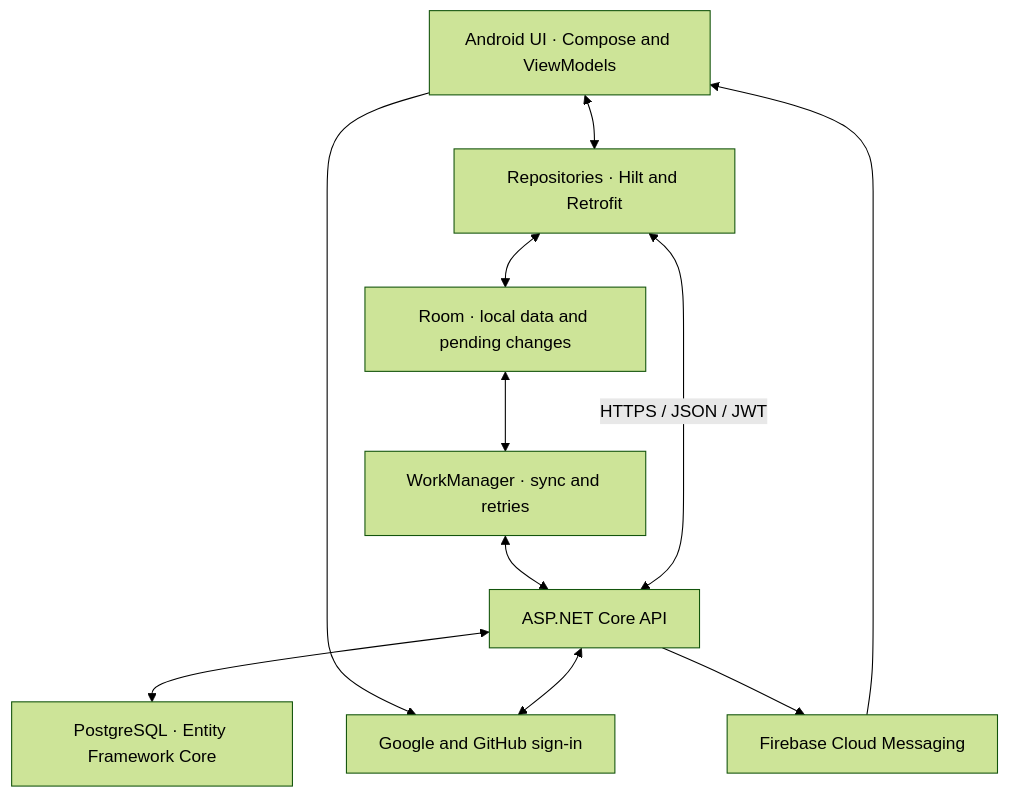
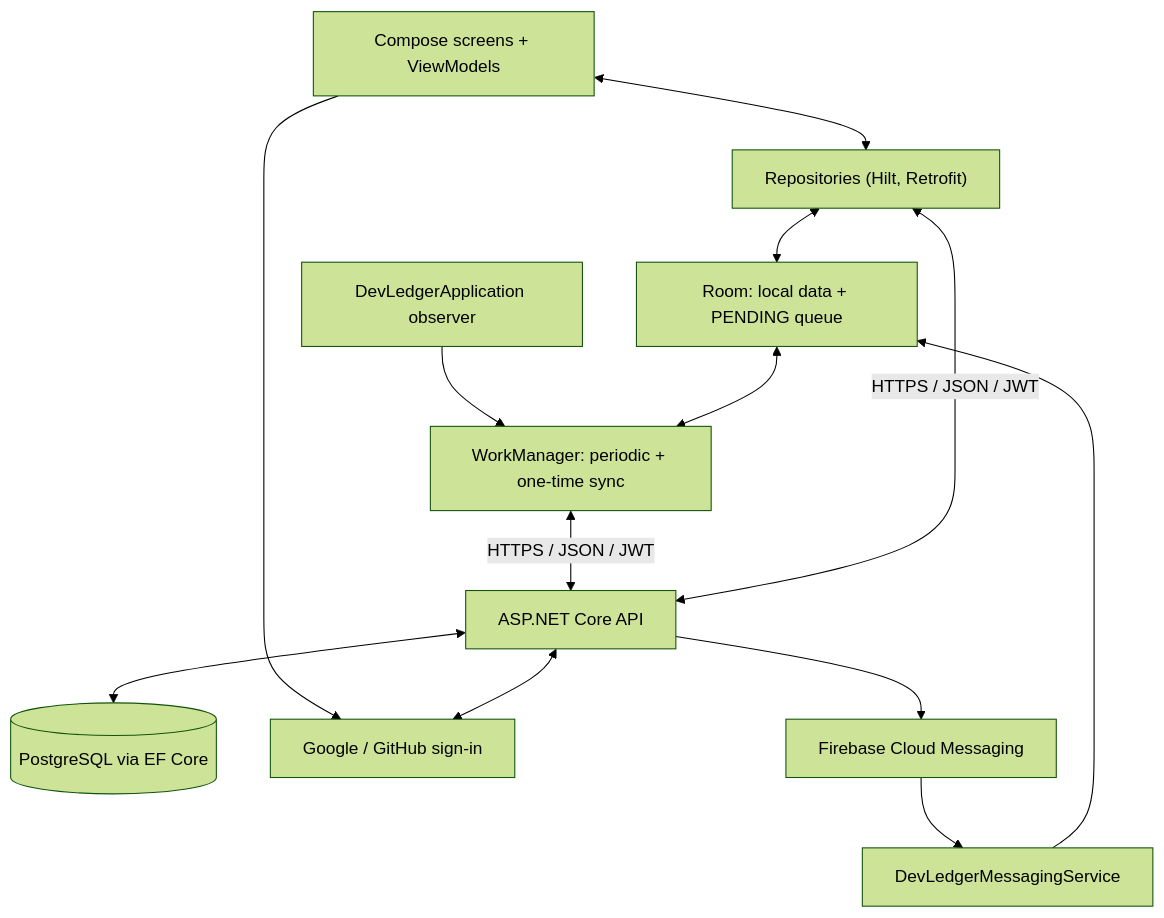
Before and after one commit to ST10443021/prog7314-bridgerepo-st10443021: the first of 3 diagrams in README.md, drawn with Mermaid (forest theme). The commit also changed other lines of this file and 178 other files, not shown here.

````diff
--- a/README.md
+++ b/README.md
@@ -46,13 +52,15 @@
 ```mermaid
 flowchart TD
-    UI["Android UI · Compose and ViewModels"] <--> REPO["Repositories · Hilt and Retrofit"]
-    REPO <--> ROOM["Room · local data and pending changes"]
-    ROOM <--> WORK["WorkManager · sync and retries"]
-    WORK <--> API["ASP.NET Core API"]
+    UI["Compose screens + ViewModels"] <--> REPO["Repositories (Hilt, Retrofit)"]
+    REPO <--> ROOM["Room: local data + PENDING queue"]
+    APP["DevLedgerApplication observer"] --> WORK["WorkManager: periodic + one-time sync"]
+    ROOM <--> WORK
+    WORK <-->|HTTPS / JSON / JWT| API["ASP.NET Core API"]
     REPO <-->|HTTPS / JSON / JWT| API
-    API <--> DB["PostgreSQL · Entity Framework Core"]
-    UI --> IDP["Google and GitHub sign-in"]
+    API <--> DB[("PostgreSQL via EF Core")]
+    UI --> IDP["Google / GitHub sign-in"]
     API <--> IDP
     API --> FCM["Firebase Cloud Messaging"]
-    FCM --> UI
+    FCM --> SVC["DevLedgerMessagingService"]
+    SVC --> ROOM
 ```
````
